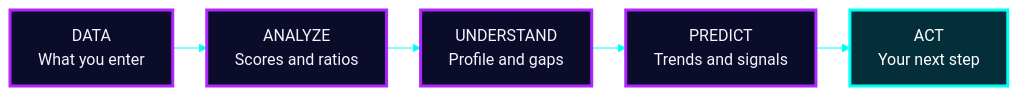
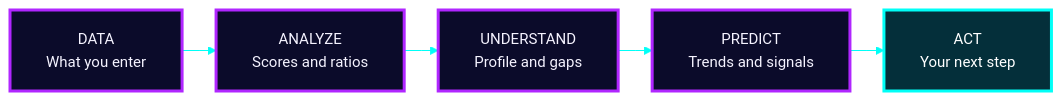
One commit to Mansi232323/MANSHORA changed the first of 17 diagrams in README.md. Above: the diagram before and after it, drawn with Mermaid. The commit also changed other lines of this file, not shown here.

````diff
--- a/README.md
+++ b/README.md
@@ -63,12 +63,12 @@
 ```mermaid
-%%{init: {'theme':'base','themeVariables':{'fontSize':'16px','fontFamily':'Arial, Helvetica, sans-serif','primaryColor':'#0b0b2a','primaryTextColor':'#f5f3ff','primaryBorderColor':'#b026ff','lineColor':'#00fff7','textColor':'#f5f3ff','edgeLabelBackground':'#0b0b2a'},'flowchart':{'htmlLabels':false,'nodeSpacing':28,'rankSpacing':34,'padding':14,'curve':'linear'}}}%%
+%%{init: {'theme':'base','themeVariables':{'fontSize':'15px','fontFamily':'Arial, Helvetica, sans-serif','primaryColor':'#0b0b2a','primaryTextColor':'#f5f3ff','primaryBorderColor':'#b026ff','lineColor':'#00fff7','textColor':'#f5f3ff','edgeLabelBackground':'#0b0b2a'},'flowchart':{'htmlLabels':false,'nodeSpacing':28,'rankSpacing':34,'padding':18,'curve':'linear'}}}%%
 flowchart LR
     A["DATA<br/>What you enter"] --> B["ANALYZE<br/>Scores and ratios"]
     B --> C["UNDERSTAND<br/>Profile and gaps"]
     C --> D["PREDICT<br/>Trends and signals"]
     D --> E["ACT<br/>Your next step"]
     classDef step fill:#0b0b2a,stroke:#b026ff,stroke-width:3px,color:#f5f3ff
     classDef goal fill:#042f3a,stroke:#00fff7,stroke-width:3px,color:#ffffff
     class A,B,C,D step
     class E goal
 ```
````
